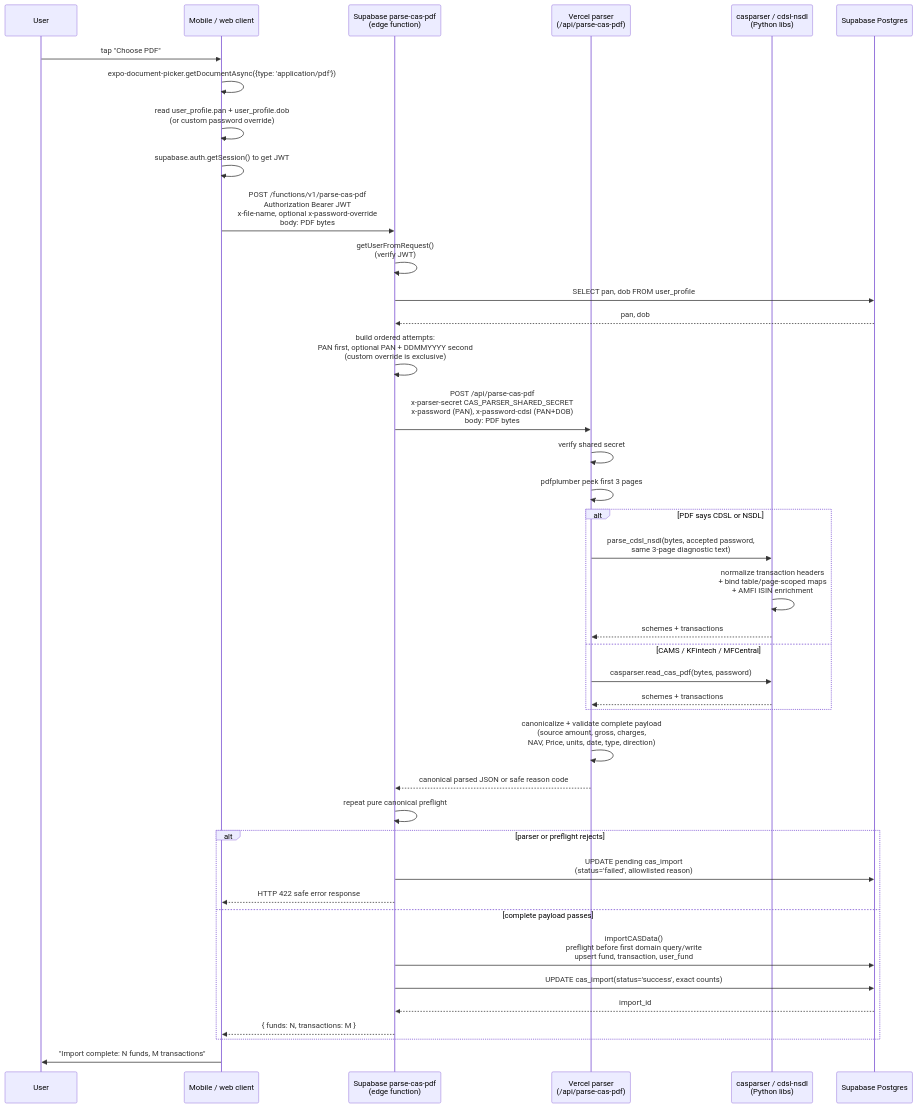
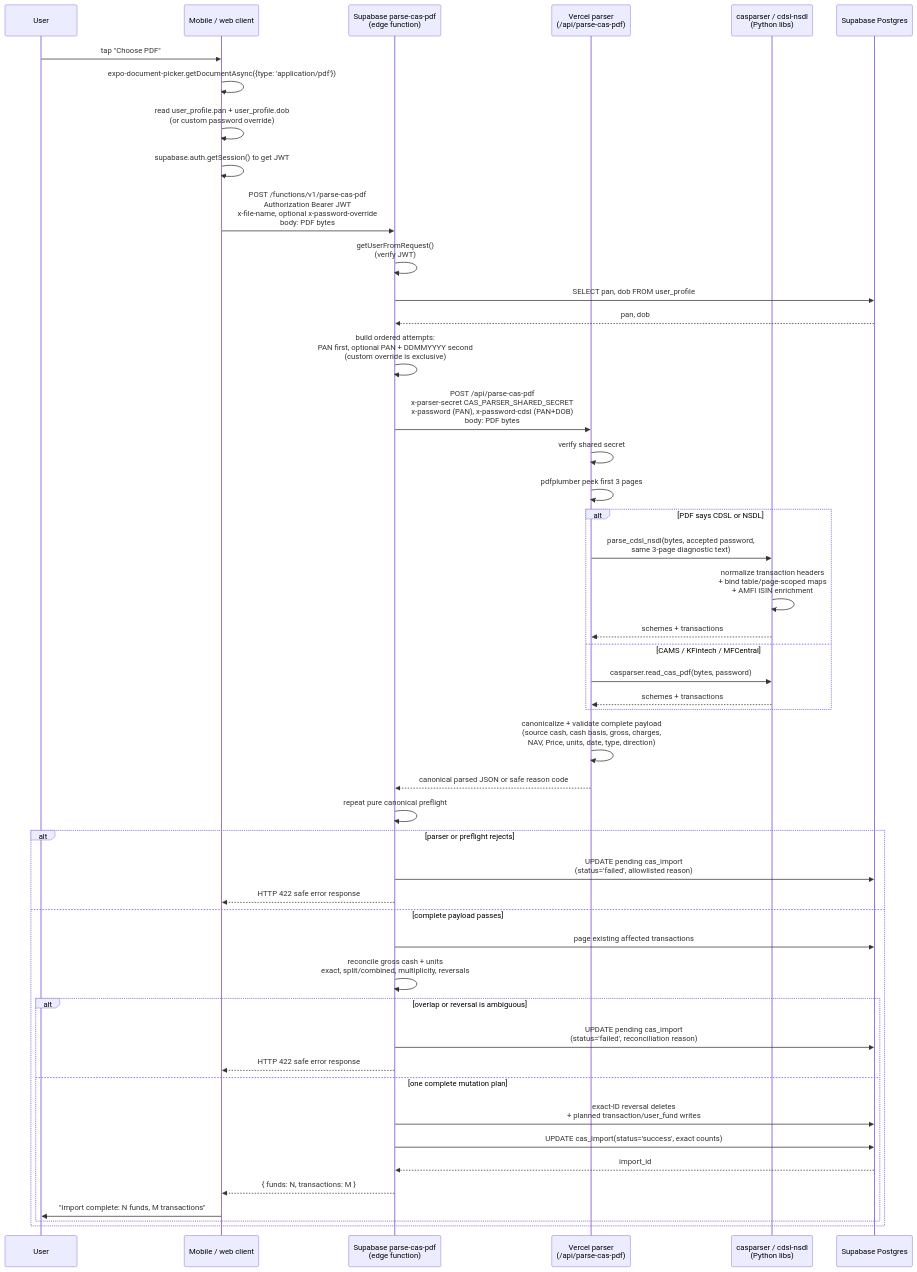
The second of 2 diagrams in docs/architecture/cas-upload-flow.md (himanshu4141/FolioLens), drawn with Mermaid before and after one commit. The commit also changed other lines of this file and 22 other files, not shown here.

Commit message:
[CAS Q3] Add provider-neutral reconciliation

````diff
--- a/docs/architecture/cas-upload-flow.md
+++ b/docs/architecture/cas-upload-flow.md
@@ -42,47 +42,53 @@
 ```mermaid
 sequenceDiagram
   participant U as User
   participant App as Mobile / web client
   participant SB as Supabase parse-cas-pdf<br/>(edge function)
   participant V as Vercel parser<br/>(/api/parse-cas-pdf)
   participant Lib as casparser / cdsl-nsdl<br/>(Python libs)
   participant DB as Supabase Postgres
 
   U->>App: tap "Choose PDF"
   App->>App: expo-document-picker.getDocumentAsync({type: 'application/pdf'})
   App->>App: read user_profile.pan + user_profile.dob<br/>(or custom password override)
   App->>App: supabase.auth.getSession() to get JWT
   App->>SB: POST /functions/v1/parse-cas-pdf<br/>Authorization Bearer JWT<br/>x-file-name, optional x-password-override<br/>body: PDF bytes
 
   SB->>SB: getUserFromRequest()<br/>(verify JWT)
   SB->>DB: SELECT pan, dob FROM user_profile
   DB-->>SB: pan, dob
   SB->>SB: build ordered attempts:<br/>PAN first, optional PAN + DDMMYYYY second<br/>(custom override is exclusive)
   SB->>V: POST /api/parse-cas-pdf<br/>x-parser-secret CAS_PARSER_SHARED_SECRET<br/>x-password (PAN), x-password-cdsl (PAN+DOB)<br/>body: PDF bytes
 
   V->>V: verify shared secret
   V->>V: pdfplumber peek first 3 pages
   alt PDF says CDSL or NSDL
     V->>Lib: parse_cdsl_nsdl(bytes, accepted password,<br/>same 3-page diagnostic text)
     Lib->>Lib: normalize transaction headers<br/>+ bind table/page-scoped maps<br/>+ AMFI ISIN enrichment
     Lib-->>V: schemes + transactions
   else CAMS / KFintech / MFCentral
     V->>Lib: casparser.read_cas_pdf(bytes, password)
     Lib-->>V: schemes + transactions
   end
-  V->>V: canonicalize + validate complete payload<br/>(source amount, gross, charges,<br/>NAV, Price, units, date, type, direction)
+  V->>V: canonicalize + validate complete payload<br/>(source cash, cash basis, gross, charges,<br/>NAV, Price, units, date, type, direction)
   V-->>SB: canonical parsed JSON or safe reason code
 
   SB->>SB: repeat pure canonical preflight
   alt parser or preflight rejects
     SB->>DB: UPDATE pending cas_import<br/>(status='failed', allowlisted reason)
     SB-->>App: HTTP 422 safe error response
   else complete payload passes
-    SB->>DB: importCASData()<br/>preflight before first domain query/write<br/>upsert fund, transaction, user_fund
-    SB->>DB: UPDATE cas_import(status='success', exact counts)
-    DB-->>SB: import_id
-    SB-->>App: { funds: N, transactions: M }
+    SB->>DB: page existing affected transactions
+    SB->>SB: reconcile gross cash + units<br/>exact, split/combined, multiplicity, reversals
+    alt overlap or reversal is ambiguous
+      SB->>DB: UPDATE pending cas_import<br/>(status='failed', reconciliation reason)
+      SB-->>App: HTTP 422 safe error response
+    else one complete mutation plan
+      SB->>DB: exact-ID reversal deletes<br/>+ planned transaction/user_fund writes
+      SB->>DB: UPDATE cas_import(status='success', exact counts)
+      DB-->>SB: import_id
+      SB-->>App: { funds: N, transactions: M }
+      App->>U: "Import complete: N funds, M transactions"
+    end
   end
-
-  App->>U: "Import complete: N funds, M transactions"
 ```
````
